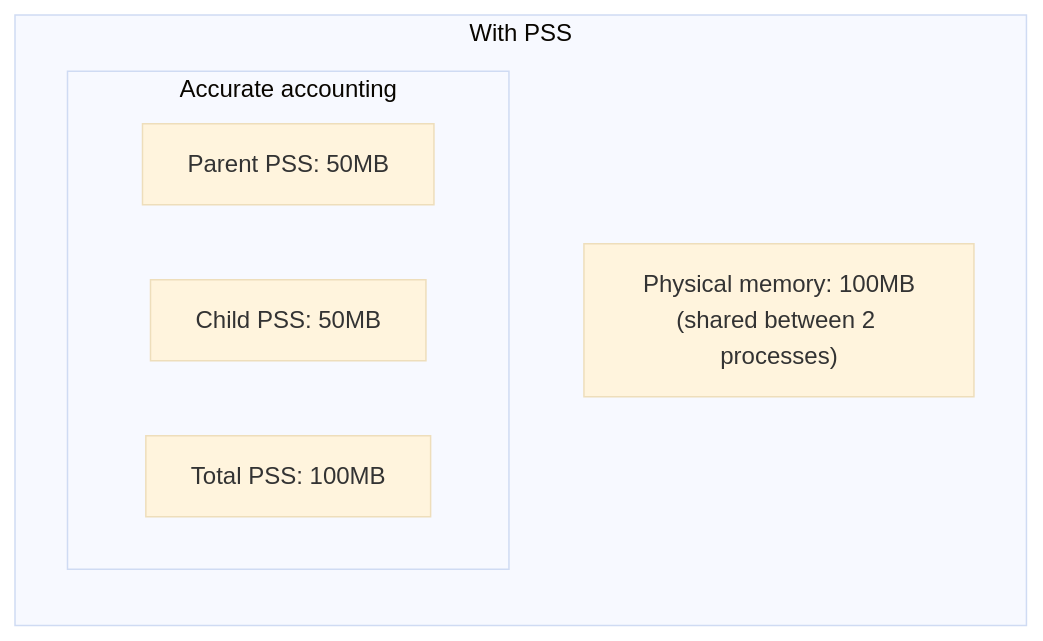
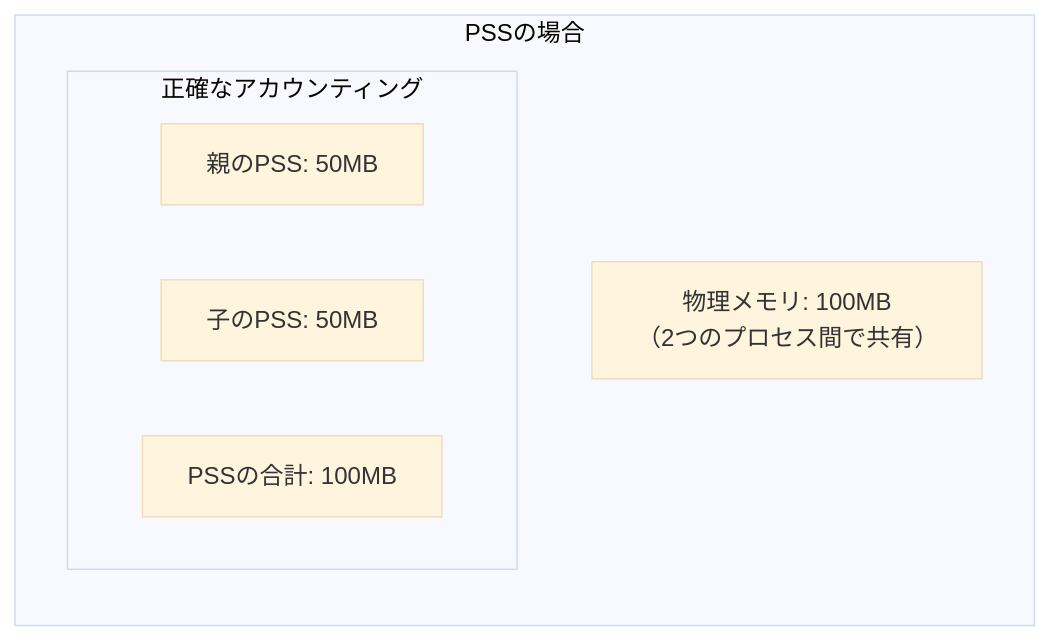
Before and after one commit to doguto/linux-kernel-internals-jp: the sixth of 9 diagrams in docs/mm/fork.md, drawn with Mermaid (base theme). The commit also changed other lines of this file and 3 other files, not shown here.

````diff
--- a/docs/mm/fork.md
+++ b/docs/mm/fork.md
@@ -377,11 +377,11 @@
 ```mermaid
 flowchart LR
-    subgraph pss["With PSS"]
-        PHYS["Physical memory: 100MB<br/>(shared between 2 processes)"]
-        subgraph accurate["Accurate accounting"]
-            PPSS["Parent PSS: 50MB"]
-            CPSS["Child PSS: 50MB"]
-            TPSS["Total PSS: 100MB"]
+    subgraph pss["PSSの場合"]
+        PHYS["物理メモリ: 100MB<br/>（2つのプロセス間で共有）"]
+        subgraph accurate["正確なアカウンティング"]
+            PPSS["親のPSS: 50MB"]
+            CPSS["子のPSS: 50MB"]
+            TPSS["PSSの合計: 100MB"]
         end
     end
 ```
````
